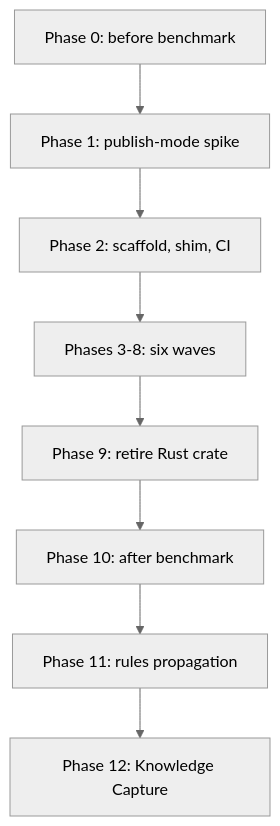
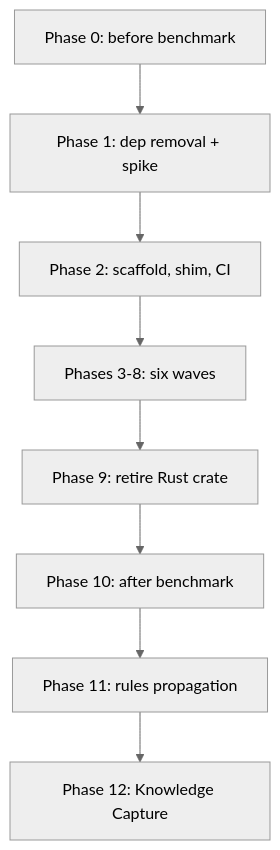
One commit to wahidyankf/open-sharia-fintech changed the diagram in plans/in-progress/rewrite-rhino-cli-to-fsharp/README.md. Above: the diagram before and after it, drawn with Mermaid (neutral theme). The commit also changed 2 other files, not shown here.

Commit message:
fix(plans): move the tree-sitter removal out of Phase 0 into Phase 1
The cycle-1 governance review of the sibling ose-private PR flagged the
Phase-0-attributed dependency removal as a "Phase 0 Opens No PR" violation.
Verified against the rule text: it is not an exemption question. The rule
states that a plan whose Phase 0 genuinely produces reviewable changes has a
mis-scoped Phase 0, and prescribes moving that work into Phase 1 or later.

Phase 0 is now setup and baseline only. Its sole artifact is benchmark.md,
which rides the plan's first PR as the rule permits for baseline artifacts.

Phase 1 becomes the plan's first PR-opening delivery unit and carries the
tree-sitter removal, the corrected B1 re-measurement, the regenerated parity
manifest, and the ose-private mirror. The publish-mode spike is unchanged and
still produces nothing reviewable.

Swept every site attributing the removal to Phase 0, per the fix-the-class
rule: the boundary table, both phase callouts, both phase gates, both pause
safety notes, the tech-docs crate map, and the README flow diagram.

````diff
--- a/plans/in-progress/rewrite-rhino-cli-to-fsharp/README.md
+++ b/plans/in-progress/rewrite-rhino-cli-to-fsharp/README.md
@@ -117,10 +117,10 @@
 ```mermaid
 flowchart TD
-  P0[Phase 0: before benchmark] --> P1[Phase 1: publish-mode spike]
+  P0[Phase 0: before benchmark] --> P1[Phase 1: dep removal + spike]
   P1 --> P2[Phase 2: scaffold, shim, CI]
   P2 --> W[Phases 3-8: six waves]
   W --> P9[Phase 9: retire Rust crate]
   P9 --> P10[Phase 10: after benchmark]
   P10 --> P11[Phase 11: rules propagation]
   P11 --> P12[Phase 12: Knowledge Capture]
 ```
````
